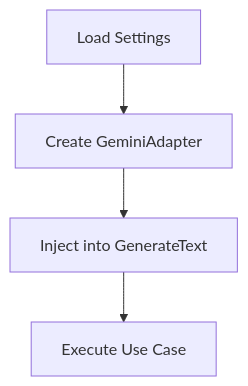
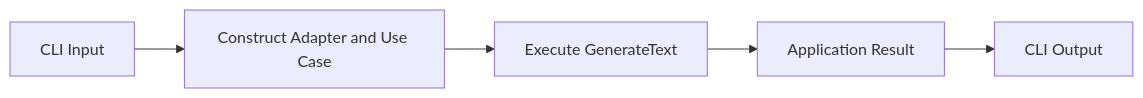
Diagram 11 of 24 in 1_Bro_Became_AI_Engineer/01_Daily_Learning/Week_01/03_Provider_Adapter/Project/llm_gateway/docs/LLM_Gateway_Engineering_Project_Note.md (mzaid-dev/Bro_to_FAANG-exe), drawn with Mermaid before and after one commit. The commit also changed other lines of this file and 4 other files, not shown here.

````diff
--- a/1_Bro_Became_AI_Engineer/01_Daily_Learning/Week_01/03_Provider_Adapter/Project/llm_gateway/docs/LLM_Gateway_Engineering_Project_Note.md
+++ b/1_Bro_Became_AI_Engineer/01_Daily_Learning/Week_01/03_Provider_Adapter/Project/llm_gateway/docs/LLM_Gateway_Engineering_Project_Note.md
@@ -488,6 +448,7 @@
 ```mermaid
-flowchart TD
-    CONFIG["Load Settings"] --> CREATE["Create GeminiAdapter"]
-    CREATE --> INJECT["Inject into GenerateText"]
-    INJECT --> EXECUTE["Execute Use Case"]
+flowchart LR
+    INPUT["CLI Input"] --> COMPOSE["Construct Adapter and Use Case"]
+    COMPOSE --> EXECUTE["Execute GenerateText"]
+    EXECUTE --> RESULT["Application Result"]
+    RESULT --> OUTPUT["CLI Output"]
 ```
````
